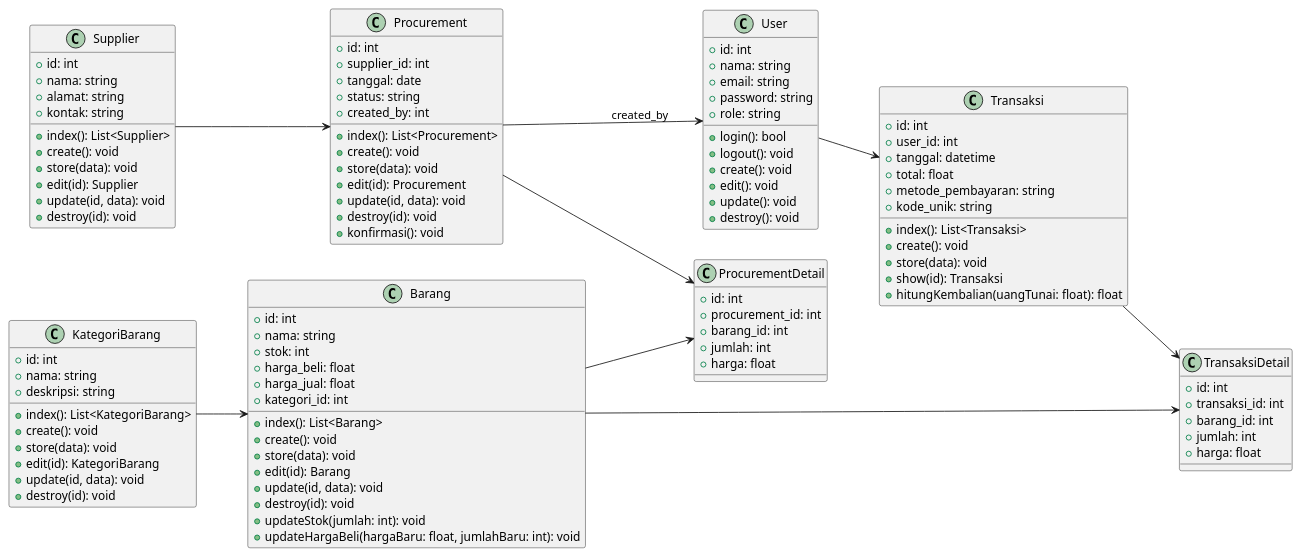
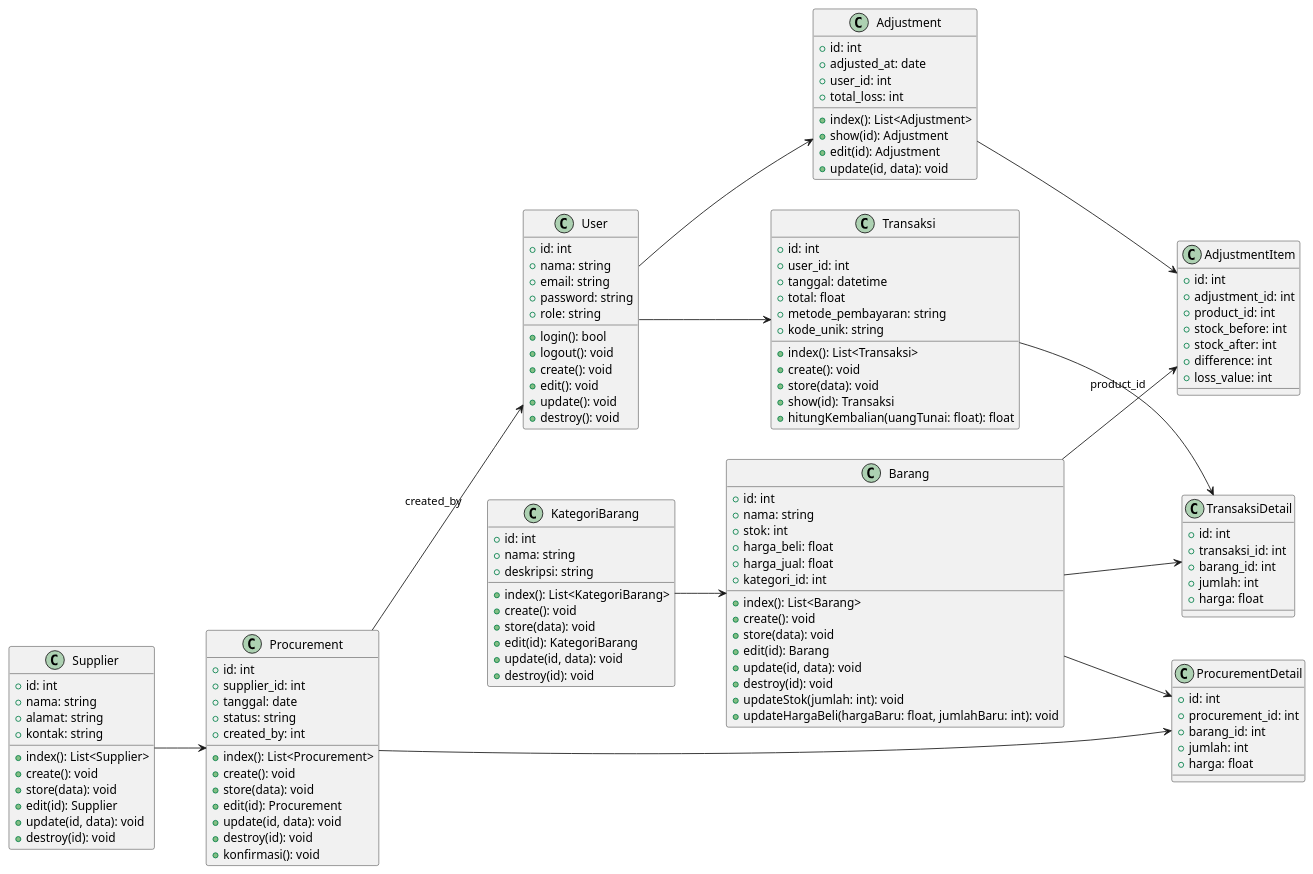
Before and after one commit to tengahcang/UML_TA: the diagram in class diagram/class_diagram.wsd, drawn with PlantUML. The commit also changed 46 other files, not shown here.

```diff
--- a/class diagram/class_diagram.wsd
+++ b/class diagram/class_diagram.wsd
@@ -1,128 +1,153 @@
 @startuml
 left to right direction
 
 ' ======================
 ' CLASS DEFINITIONS
 ' ======================
 
 class User {
   +id: int
   +nama: string
   +email: string
   +password: string
   +role: string
 
   +login(): bool
   +logout(): void
   +create(): void
   +edit(): void
   +update(): void
   +destroy(): void
 }
 
 class KategoriBarang {
   +id: int
   +nama: string
   +deskripsi: string
 
   +index(): List<KategoriBarang>
   +create(): void
   +store(data): void
   +edit(id): KategoriBarang
   +update(id, data): void
   +destroy(id): void
 }
 
 class Barang {
   +id: int
   +nama: string
   +stok: int
   +harga_beli: float
   +harga_jual: float
   +kategori_id: int
 
   +index(): List<Barang>
   +create(): void
   +store(data): void
   +edit(id): Barang
   +update(id, data): void
   +destroy(id): void
   +updateStok(jumlah: int): void
   +updateHargaBeli(hargaBaru: float, jumlahBaru: int): void
 }
 
 class Supplier {
   +id: int
   +nama: string
   +alamat: string
   +kontak: string
 
   +index(): List<Supplier>
   +create(): void
   +store(data): void
   +edit(id): Supplier
   +update(id, data): void
   +destroy(id): void
 }
 
 class Procurement {
   +id: int
   +supplier_id: int
   +tanggal: date
   +status: string
   +created_by: int
 
   +index(): List<Procurement>
   +create(): void
   +store(data): void
   +edit(id): Procurement
   +update(id, data): void
   +destroy(id): void
   +konfirmasi(): void
 }
 
 class ProcurementDetail {
   +id: int
   +procurement_id: int
   +barang_id: int
   +jumlah: int
   +harga: float
 }
 
+class Adjustment {
+  +id: int
+  +adjusted_at: date
+  +user_id: int
+  +total_loss: int
+
+  +index(): List<Adjustment>
+  +show(id): Adjustment
+  +edit(id): Adjustment
+  +update(id, data): void
+}
+
+class AdjustmentItem {
+  +id: int
+  +adjustment_id: int
+  +product_id: int
+  +stock_before: int
+  +stock_after: int
+  +difference: int
+  +loss_value: int
+}
+
 class Transaksi {
   +id: int
   +user_id: int
   +tanggal: datetime
   +total: float
   +metode_pembayaran: string
   +kode_unik: string
 
   +index(): List<Transaksi>
   +create(): void
   +store(data): void
   +show(id): Transaksi
   +hitungKembalian(uangTunai: float): float
 }
 
 class TransaksiDetail {
   +id: int
   +transaksi_id: int
   +barang_id: int
   +jumlah: int
   +harga: float
 }
 
 ' ======================
 ' RELATIONSHIPS
 ' ======================
 
 User --> Transaksi
 KategoriBarang --> Barang
 Barang --> TransaksiDetail
 Barang --> ProcurementDetail
 Supplier --> Procurement
 Procurement --> ProcurementDetail
 Transaksi --> TransaksiDetail
 Procurement --> User : created_by
+User --> Adjustment
+Adjustment --> AdjustmentItem
+Barang --> AdjustmentItem : product_id
 
 @enduml
```
